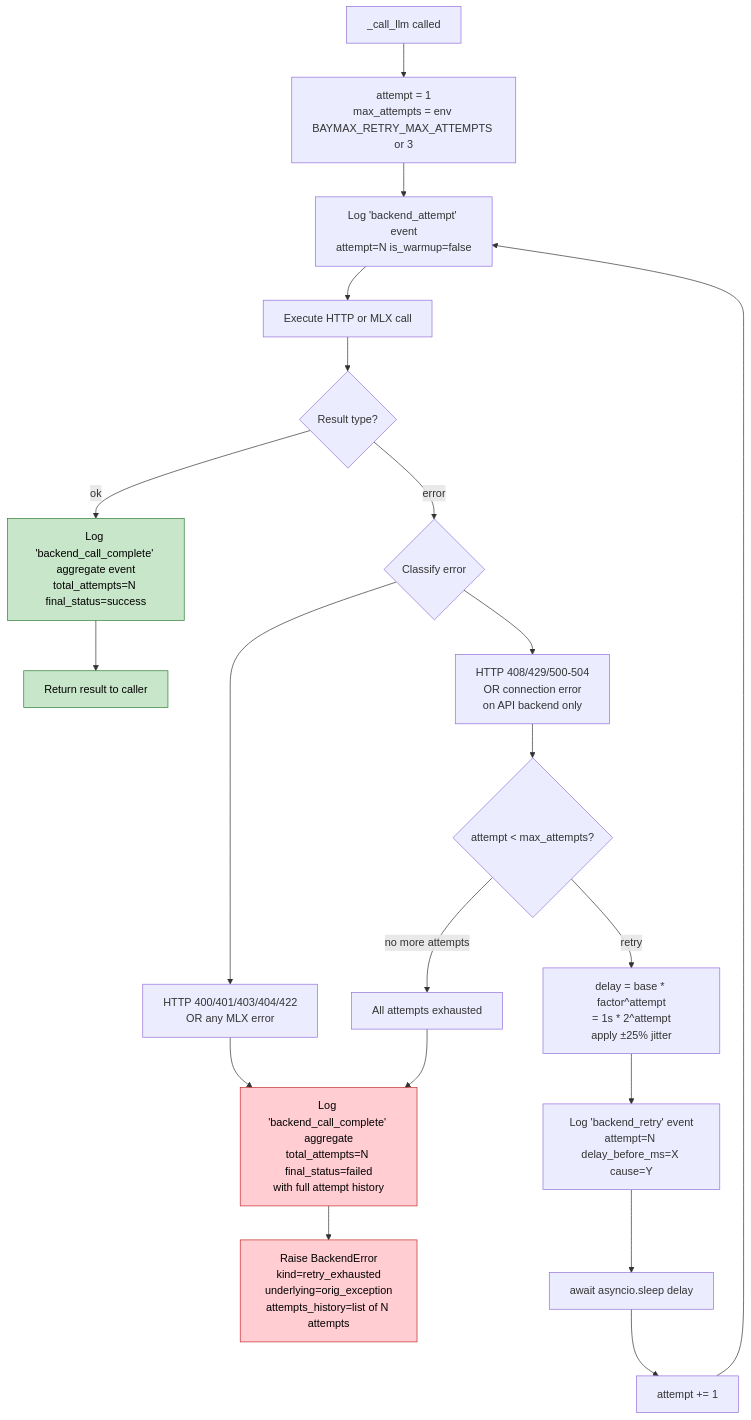
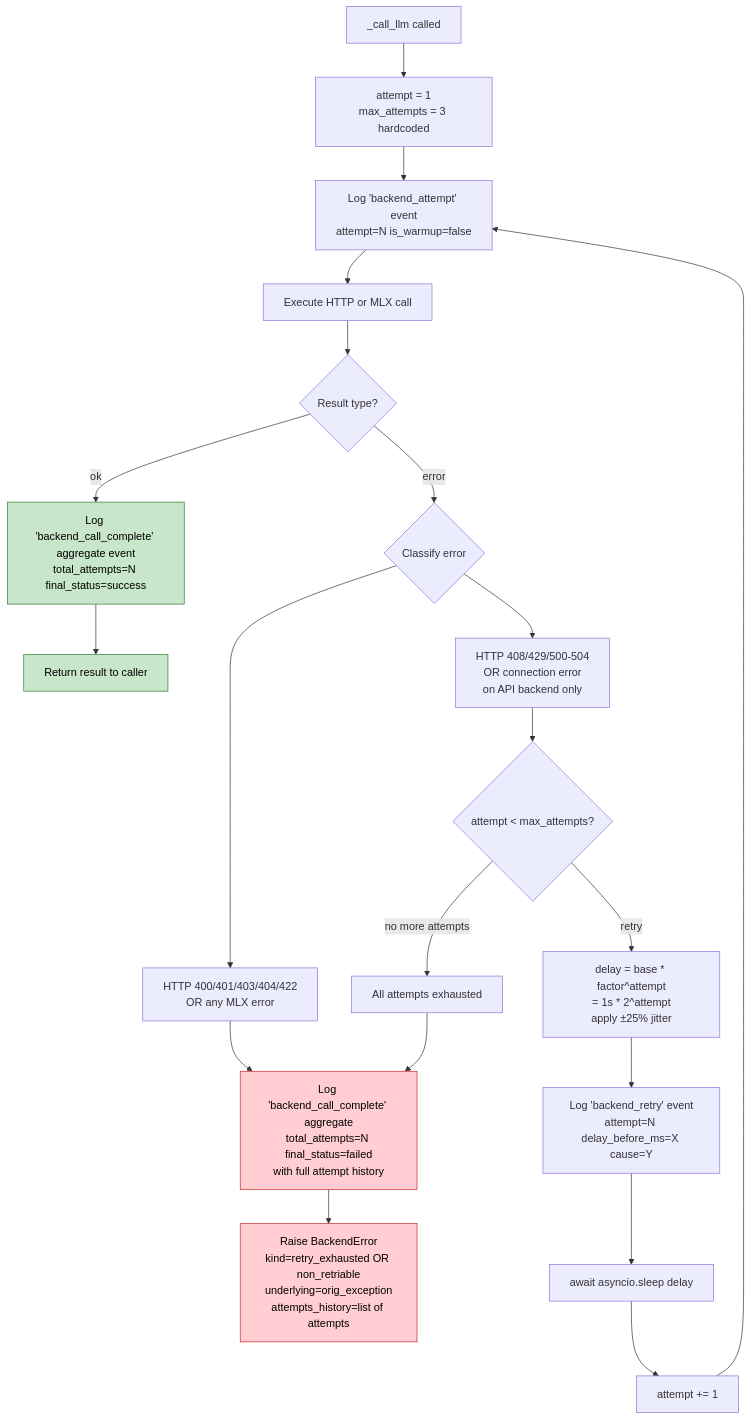
Before and after one commit to M-a-k-l-o-v/project-baymax: the fourth of 7 diagrams in docs/BACKEND_FLOW.md, drawn with Mermaid. The commit also changed other lines of this file and 17 other files, not shown here.

````diff
--- a/docs/BACKEND_FLOW.md
+++ b/docs/BACKEND_FLOW.md
@@ -219,56 +223,56 @@
 ```mermaid
 flowchart TD
     ENTER[_call_llm called]
-    INIT[attempt = 1<br/>max_attempts = env BAYMAX_RETRY_MAX_ATTEMPTS or 3]
+    INIT[attempt = 1<br/>max_attempts = 3 hardcoded]
     LOG_ATTEMPT[Log 'backend_attempt' event<br/>attempt=N is_warmup=false]
 
     CALL[Execute HTTP or MLX call]
     RESULT{Result type?}
 
     SUCCESS[Log 'backend_call_complete' aggregate event<br/>total_attempts=N final_status=success]
     RETURN[Return result to caller]
 
     ERR_CLASSIFY{Classify error}
     NON_RETRIABLE[HTTP 400/401/403/404/422<br/>OR any MLX error]
     RETRIABLE[HTTP 408/429/500-504<br/>OR connection error<br/>on API backend only]
 
     RETRIABLE_CHECK{attempt < max_attempts?}
     BACKOFF[delay = base * factor^attempt<br/>= 1s * 2^attempt<br/>apply ±25% jitter]
     LOG_RETRY[Log 'backend_retry' event<br/>attempt=N delay_before_ms=X cause=Y]
     SLEEP[await asyncio.sleep delay]
     INCREMENT[attempt += 1]
 
     EXHAUSTED[All attempts exhausted]
     LOG_FINAL_FAIL[Log 'backend_call_complete' aggregate<br/>total_attempts=N final_status=failed<br/>with full attempt history]
-    RAISE_BE[Raise BackendError<br/>kind=retry_exhausted<br/>underlying=orig_exception<br/>attempts_history=list of N attempts]
+    RAISE_BE[Raise BackendError<br/>kind=retry_exhausted OR non_retriable<br/>underlying=orig_exception<br/>attempts_history=list of attempts]
 
     ENTER --> INIT
     INIT --> LOG_ATTEMPT
     LOG_ATTEMPT --> CALL
     CALL --> RESULT
 
     RESULT -- ok --> SUCCESS
     SUCCESS --> RETURN
 
     RESULT -- error --> ERR_CLASSIFY
     ERR_CLASSIFY --> NON_RETRIABLE
     ERR_CLASSIFY --> RETRIABLE
 
     NON_RETRIABLE --> LOG_FINAL_FAIL
     LOG_FINAL_FAIL --> RAISE_BE
 
     RETRIABLE --> RETRIABLE_CHECK
     RETRIABLE_CHECK -- no more attempts --> EXHAUSTED
     EXHAUSTED --> LOG_FINAL_FAIL
 
     RETRIABLE_CHECK -- retry --> BACKOFF
     BACKOFF --> LOG_RETRY
     LOG_RETRY --> SLEEP
     SLEEP --> INCREMENT
     INCREMENT --> LOG_ATTEMPT
 
     classDef fail fill:#ffcdd2,stroke:#c62828,color:#000
     classDef success fill:#c8e6c9,stroke:#2e7d32,color:#000
     class RAISE_BE,LOG_FINAL_FAIL fail
     class SUCCESS,RETURN success
 ```
````
